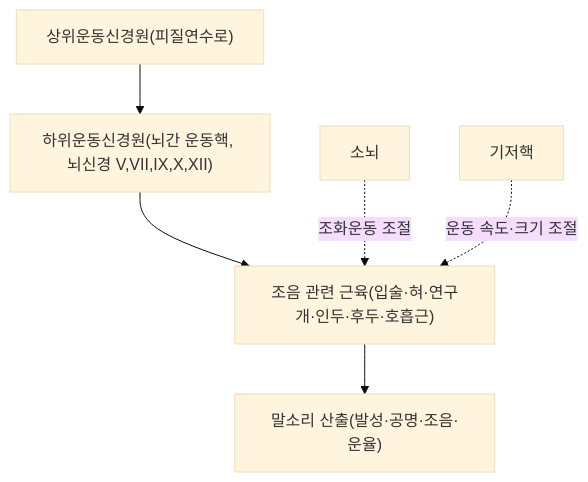
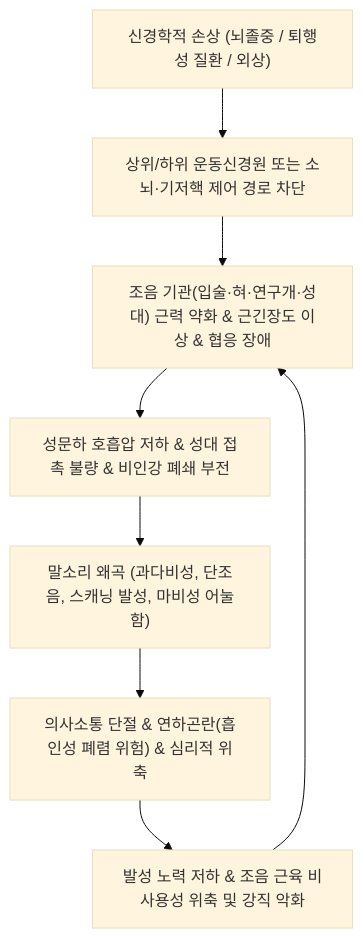
One commit to simbio11/simbio-digital-garden2 changed the diagram in content/3. 이론 공부/질환/신경계 질환/구음 장애.md. Above: the diagram before and after it, drawn with Mermaid (base theme). The commit also changed other lines of this file and 4565 other files, not shown here.

````diff
--- a/content/3. 이론 공부/질환/신경계 질환/구음 장애.md
+++ b/content/3. 이론 공부/질환/신경계 질환/구음 장애.md
@@ -42,8 +60,10 @@
 ```mermaid
 graph TD
-    UMN["상위운동신경원(피질연수로)"] --> LMN["하위운동신경원(뇌간 운동핵, 뇌신경 V,VII,IX,X,XII)"]
-    LMN --> Muscle["조음 관련 근육(입술·혀·연구개·인두·후두·호흡근)"]
-    Cerebellum["소뇌"] -.조화운동 조절.-> Muscle
-    BasalGanglia["기저핵"] -.운동 속도·크기 조절.-> Muscle
-    Muscle --> Speech["말소리 산출(발성·공명·조음·운율)"]
+    A["신경학적 손상 (뇌졸중 / 퇴행성 질환 / 외상)"] --> B["상위/하위 운동신경원 또는 소뇌·기저핵 제어 경로 차단"]
+    B --> C["조음 기관(입술·혀·연구개·성대) 근력 약화 & 근긴장도 이상 & 협응 장애"]
+    C --> D["성문하 호흡압 저하 & 성대 접촉 불량 & 비인강 폐쇄 부전"]
+    D --> E["말소리 왜곡 (과다비성, 단조음, 스캐닝 발성, 마비성 어눌함)"]
+    E --> F["의사소통 단절 & 연하곤란(흡인성 폐렴 위험) & 심리적 위축"]
+    F --> G["발성 노력 저하 & 조음 근육 비사용성 위축 및 강직 악화"]
+    G --> C
 ```
````
